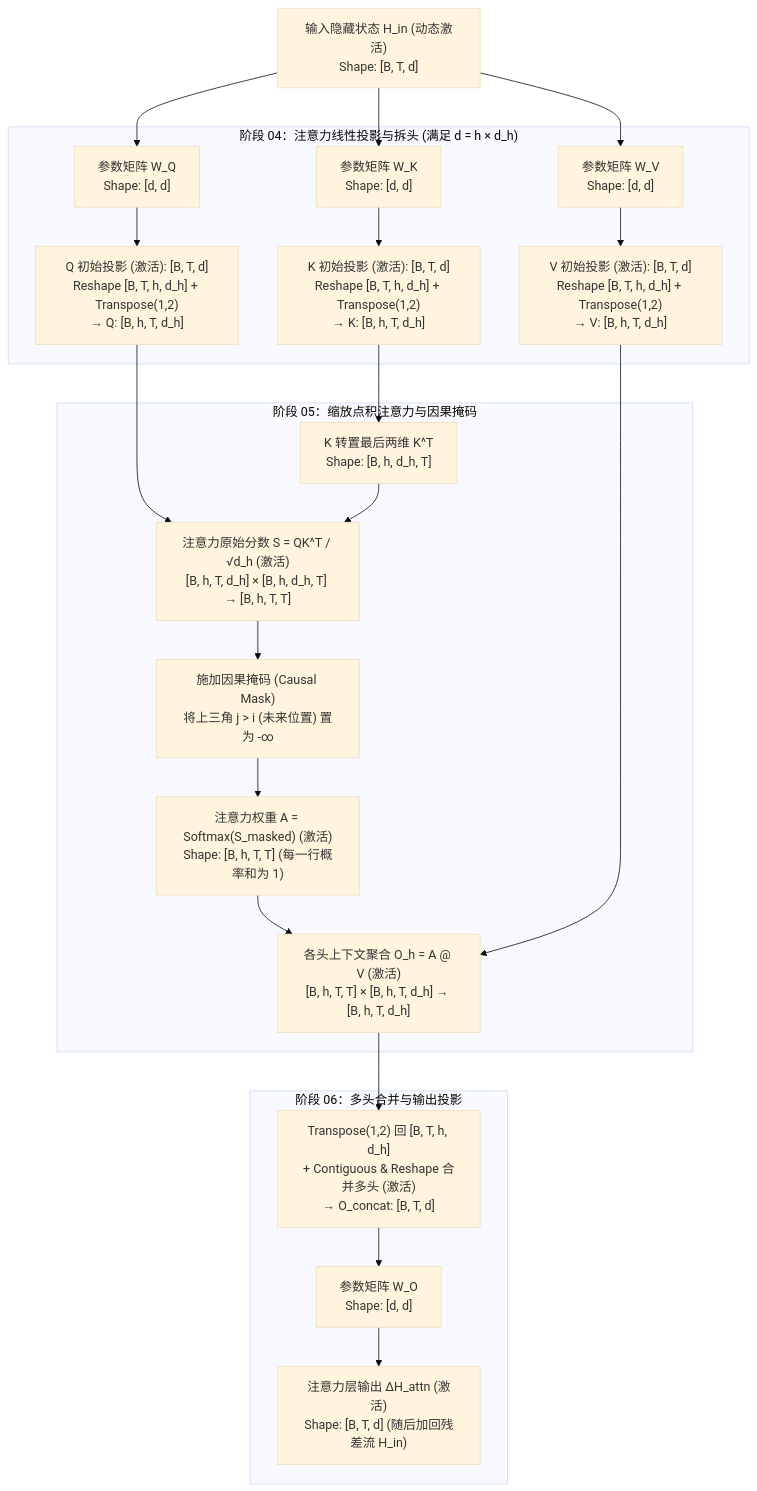
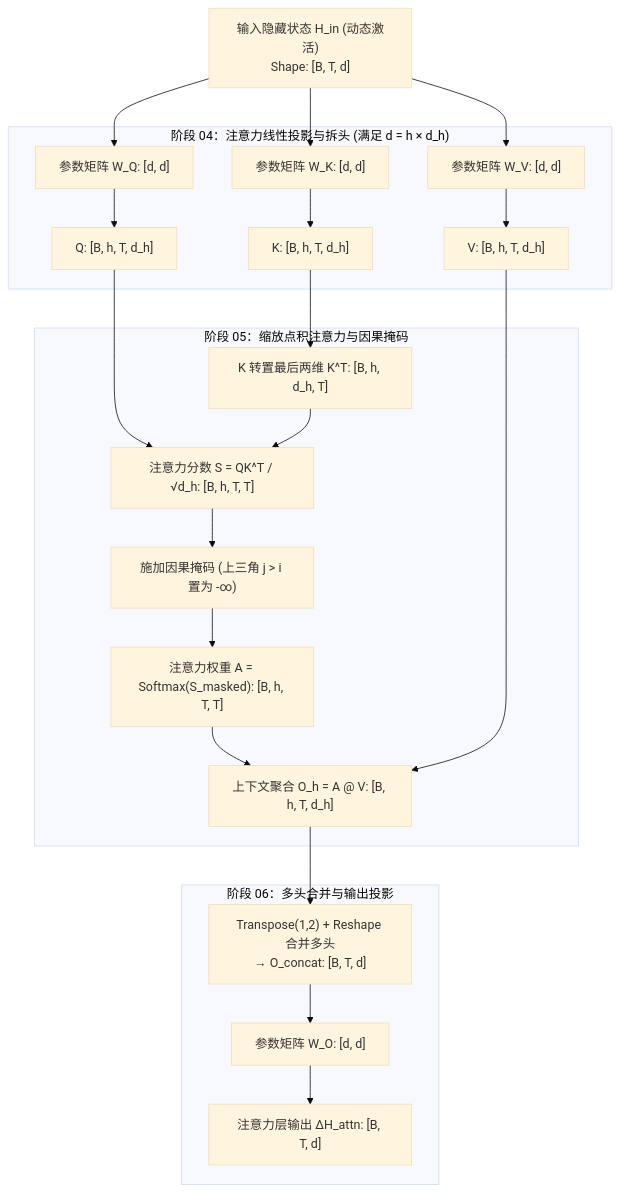
The diagram in posts/ep00-inference-journey/draft.md (wittkung/llm), drawn with Mermaid (base theme) before and after one commit. The commit also changed other lines of this file and 1 other file, not shown here.

````diff
--- a/posts/ep00-inference-journey/draft.md
+++ b/posts/ep00-inference-journey/draft.md
@@ -698,40 +362,40 @@
 ```mermaid
 flowchart TD
     H_in["输入隐藏状态 H_in (动态激活)<br/>Shape: [B, T, d]"]
 
     subgraph Stage04["阶段 04：注意力线性投影与拆头 (满足 d = h × d_h)"]
-        WQ["参数矩阵 W_Q<br/>Shape: [d, d]"]
-        WK["参数矩阵 W_K<br/>Shape: [d, d]"]
-        WV["参数矩阵 W_V<br/>Shape: [d, d]"]
+        WQ["参数矩阵 W_Q: [d, d]"]
+        WK["参数矩阵 W_K: [d, d]"]
+        WV["参数矩阵 W_V: [d, d]"]
 
-        Q_proj["Q 初始投影 (激活): [B, T, d]<br/>Reshape [B, T, h, d_h] + Transpose(1,2)<br/>→ Q: [B, h, T, d_h]"]
-        K_proj["K 初始投影 (激活): [B, T, d]<br/>Reshape [B, T, h, d_h] + Transpose(1,2)<br/>→ K: [B, h, T, d_h]"]
-        V_proj["V 初始投影 (激活): [B, T, d]<br/>Reshape [B, T, h, d_h] + Transpose(1,2)<br/>→ V: [B, h, T, d_h]"]
+        Q_proj["Q: [B, h, T, d_h]"]
+        K_proj["K: [B, h, T, d_h]"]
+        V_proj["V: [B, h, T, d_h]"]
     end
 
     H_in --> WQ --> Q_proj
     H_in --> WK --> K_proj
     H_in --> WV --> V_proj
 
     subgraph Stage05["阶段 05：缩放点积注意力与因果掩码"]
-        KT["K 转置最后两维 K^T<br/>Shape: [B, h, d_h, T]"]
-        Scores["注意力原始分数 S = QK^T / √d_h (激活)<br/>[B, h, T, d_h] × [B, h, d_h, T] → [B, h, T, T]"]
-        Mask["施加因果掩码 (Causal Mask)<br/>将上三角 j > i (未来位置) 置为 -∞"]
-        Probs["注意力权重 A = Softmax(S_masked) (激活)<br/>Shape: [B, h, T, T] (每一行概率和为 1)"]
-        OutH["各头上下文聚合 O_h = A @ V (激活)<br/>[B, h, T, T] × [B, h, T, d_h] → [B, h, T, d_h]"]
+        KT["K 转置最后两维 K^T: [B, h, d_h, T]"]
+        Scores["注意力分数 S = QK^T / √d_h: [B, h, T, T]"]
+        Mask["施加因果掩码 (上三角 j > i 置为 -∞)"]
+        Probs["注意力权重 A = Softmax(S_masked): [B, h, T, T]"]
+        OutH["上下文聚合 O_h = A @ V: [B, h, T, d_h]"]
     end
 
     Q_proj --> Scores
     K_proj --> KT --> Scores
     Scores --> Mask --> Probs
     Probs --> OutH
     V_proj --> OutH
 
     subgraph Stage06["阶段 06：多头合并与输出投影"]
-        Concat["Transpose(1,2) 回 [B, T, h, d_h]<br/>+ Contiguous & Reshape 合并多头 (激活)<br/>→ O_concat: [B, T, d]"]
-        WO["参数矩阵 W_O<br/>Shape: [d, d]"]
-        DeltaH["注意力层输出 ΔH_attn (激活)<br/>Shape: [B, T, d] (随后加回残差流 H_in)"]
+        Concat["Transpose(1,2) + Reshape 合并多头<br/>→ O_concat: [B, T, d]"]
+        WO["参数矩阵 W_O: [d, d]"]
+        DeltaH["注意力层输出 ΔH_attn: [B, T, d]"]
     end
 
     OutH --> Concat --> WO --> DeltaH
 ```
````
